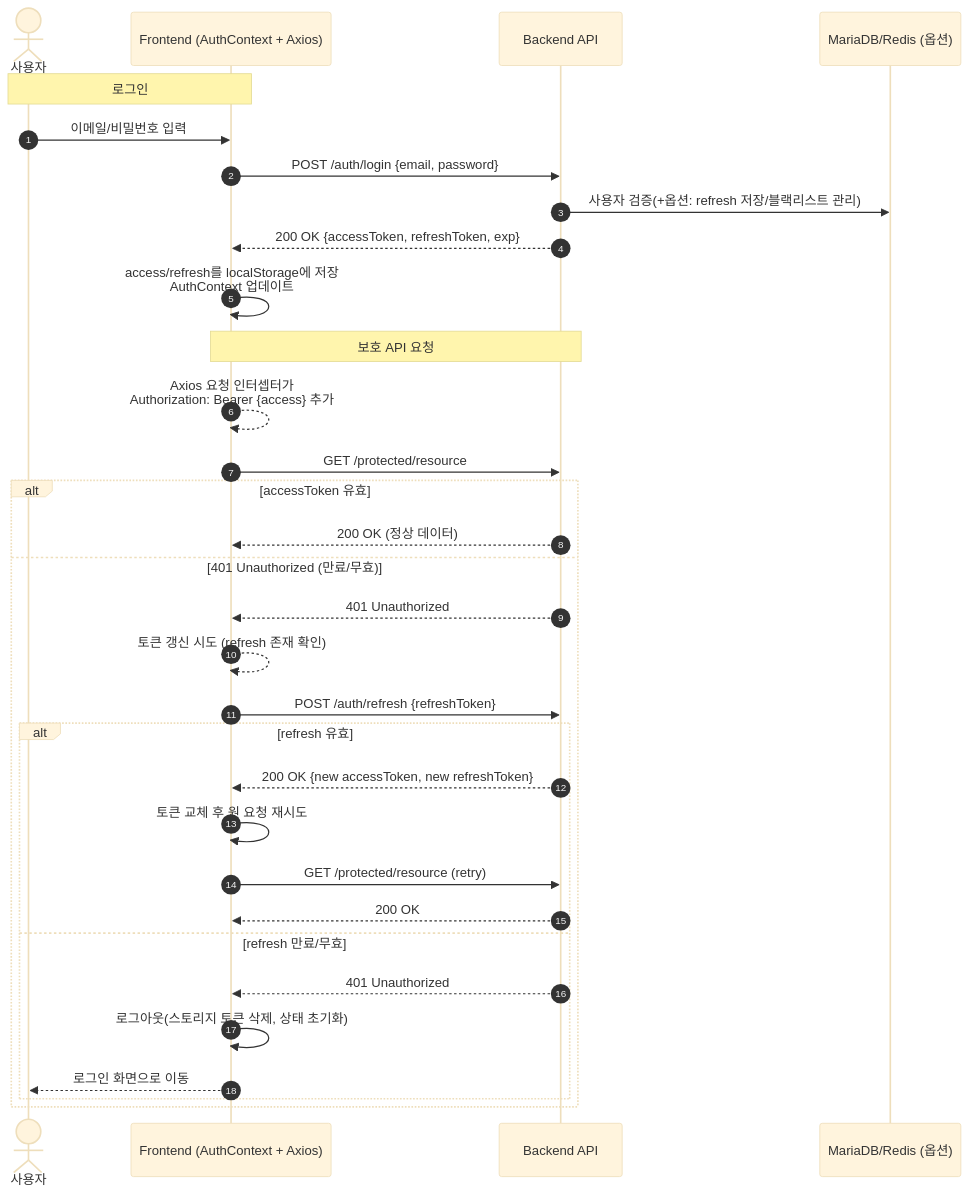
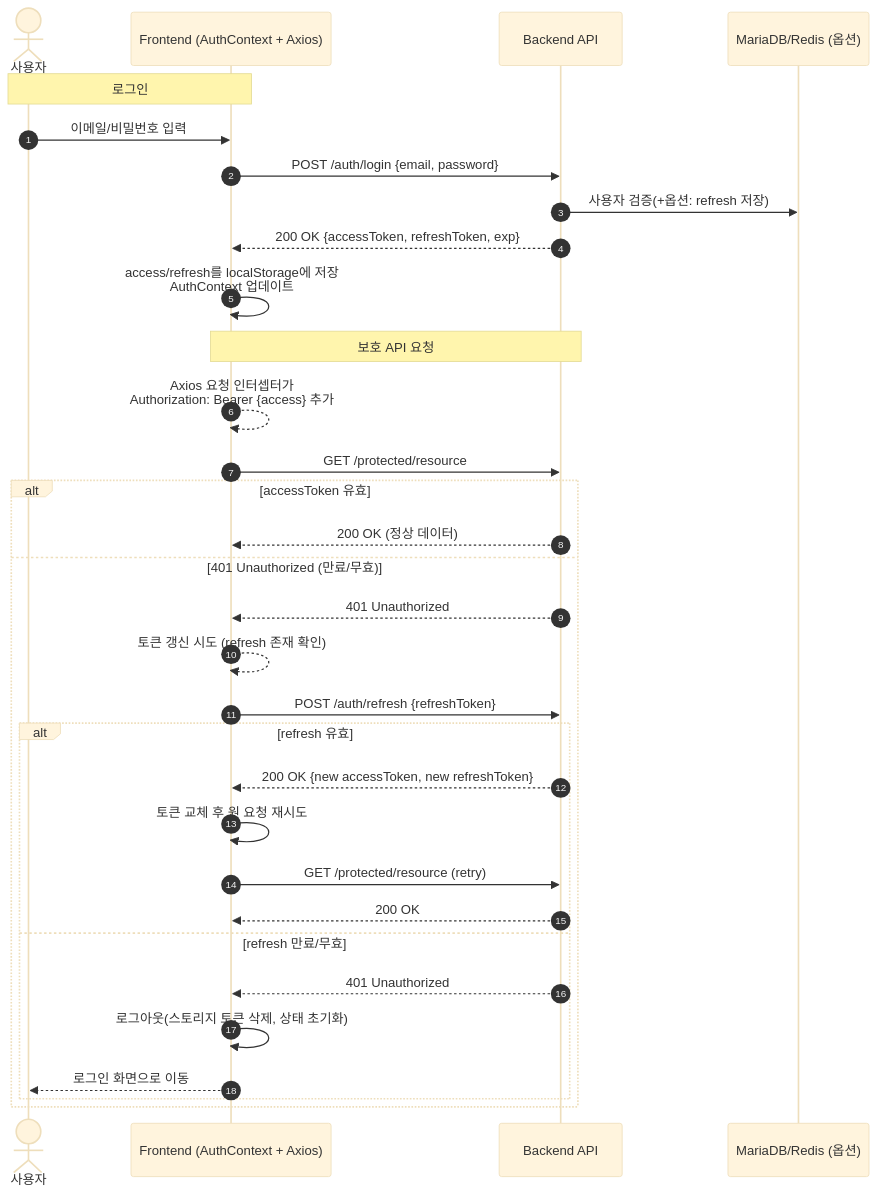
The first of 6 diagrams in README.md (qjatn4793/chatting), drawn with Mermaid (base theme) before and after one commit. The commit also changed other lines of this file, not shown here.

````diff
--- a/README.md
+++ b/README.md
@@ -122,36 +122,36 @@
 ```mermaid
 sequenceDiagram
     autonumber
     actor U as 사용자
     participant FE as Frontend (AuthContext + Axios)
     participant API as Backend API
     participant DB as MariaDB/Redis (옵션)
     
     Note over U,FE: 로그인
     U->>FE: 이메일/비밀번호 입력
     FE->>API: POST /auth/login {email, password}
-    API->>DB: 사용자 검증(+옵션: refresh 저장/블랙리스트 관리)
+    API->>DB: 사용자 검증(+옵션: refresh 저장)
     API-->>FE: 200 OK {accessToken, refreshToken, exp}
     FE->>FE: access/refresh를 localStorage에 저장<br/>AuthContext 업데이트
 
     Note over FE,API: 보호 API 요청
     FE-->>FE: Axios 요청 인터셉터가<br/>Authorization: Bearer {access} 추가
     FE->>API: GET /protected/resource
     alt accessToken 유효
         API-->>FE: 200 OK (정상 데이터)
     else 401 Unauthorized (만료/무효)
         API-->>FE: 401 Unauthorized
         FE-->>FE: 토큰 갱신 시도 (refresh 존재 확인)
         FE->>API: POST /auth/refresh {refreshToken}
         alt refresh 유효
             API-->>FE: 200 OK {new accessToken, new refreshToken}
             FE->>FE: 토큰 교체 후 원 요청 재시도
             FE->>API: GET /protected/resource (retry)
             API-->>FE: 200 OK
         else refresh 만료/무효
             API-->>FE: 401 Unauthorized
             FE->>FE: 로그아웃(스토리지 토큰 삭제, 상태 초기화)
             FE-->>U: 로그인 화면으로 이동
         end
     end
 ```
````
